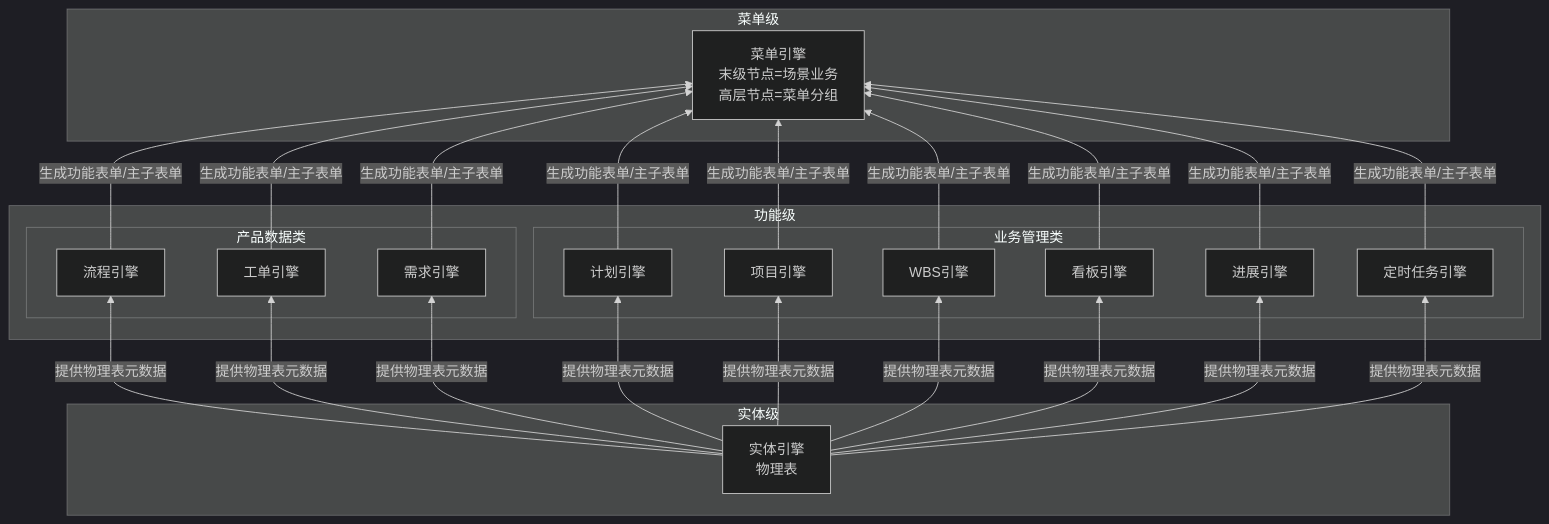
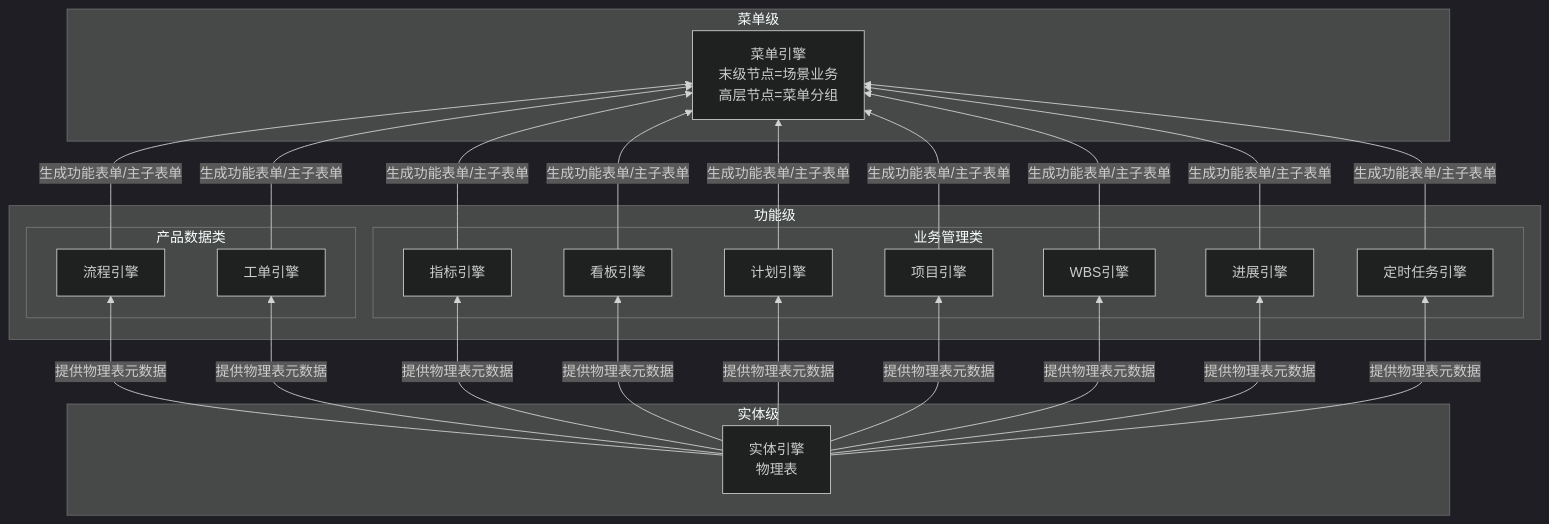
Before and after one commit to Yongjunzhou/AOS-system-design: the diagram in 20-pl4eos/80-pl4eos-2-eosdata/25-eos-engine-models.md, drawn with Mermaid (dark theme). The commit also changed other lines of this file, not shown here.

````diff
--- a/20-pl4eos/80-pl4eos-2-eosdata/25-eos-engine-models.md
+++ b/20-pl4eos/80-pl4eos-2-eosdata/25-eos-engine-models.md
@@ -57,42 +57,42 @@
 ```mermaid
 flowchart BT
   subgraph 实体级
     ENTITY[实体引擎<br/>物理表]
   end
   subgraph 功能级
     subgraph 产品数据类
-      REQ[需求引擎]
       FLOW[流程引擎]
       WO[工单引擎]
     end
     subgraph 业务管理类
+      IND[指标引擎]
+      KANBAN[看板引擎]
       PROJ[项目引擎]
       WBS[WBS引擎]
       TASK[计划引擎]
-      KANBAN[看板引擎]
       PROG[进展引擎]
       SCH[定时任务引擎]
     end
   end
   subgraph 菜单级
     MENU[菜单引擎<br/>末级节点=场景业务<br/>高层节点=菜单分组]
   end
   ENTITY -->|提供物理表元数据| FLOW
   ENTITY -->|提供物理表元数据| WO
-  ENTITY -->|提供物理表元数据| REQ
+  ENTITY -->|提供物理表元数据| IND
+  ENTITY -->|提供物理表元数据| KANBAN
   ENTITY -->|提供物理表元数据| TASK
   ENTITY -->|提供物理表元数据| PROJ
   ENTITY -->|提供物理表元数据| WBS
-  ENTITY -->|提供物理表元数据| KANBAN
   ENTITY -->|提供物理表元数据| PROG
   ENTITY -->|提供物理表元数据| SCH
   FLOW -->|生成功能表单/主子表单| MENU
   WO -->|生成功能表单/主子表单| MENU
-  REQ -->|生成功能表单/主子表单| MENU
+  IND -->|生成功能表单/主子表单| MENU
+  KANBAN -->|生成功能表单/主子表单| MENU
   TASK -->|生成功能表单/主子表单| MENU
   PROJ -->|生成功能表单/主子表单| MENU
   WBS -->|生成功能表单/主子表单| MENU
-  KANBAN -->|生成功能表单/主子表单| MENU
   PROG -->|生成功能表单/主子表单| MENU
   SCH -->|生成功能表单/主子表单| MENU
 ```
````
